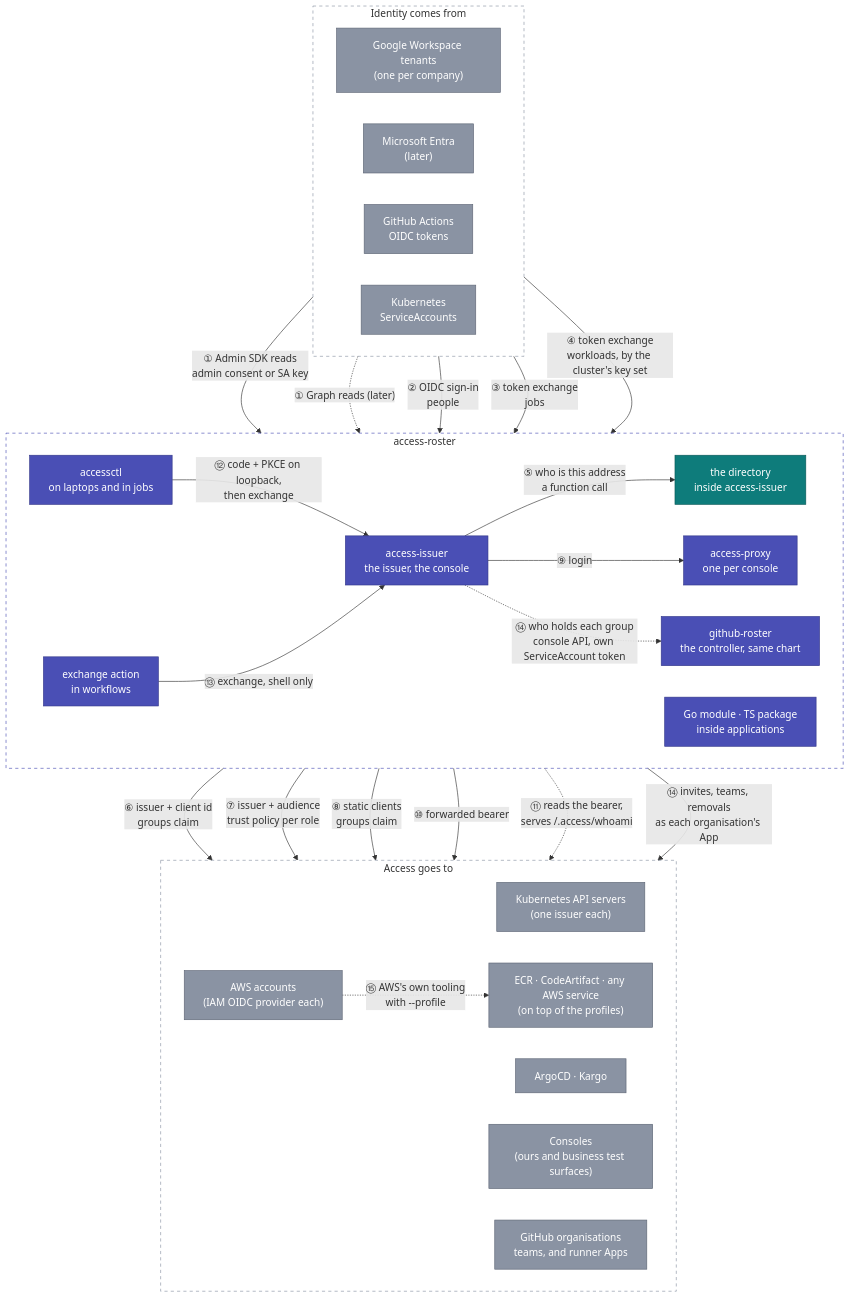
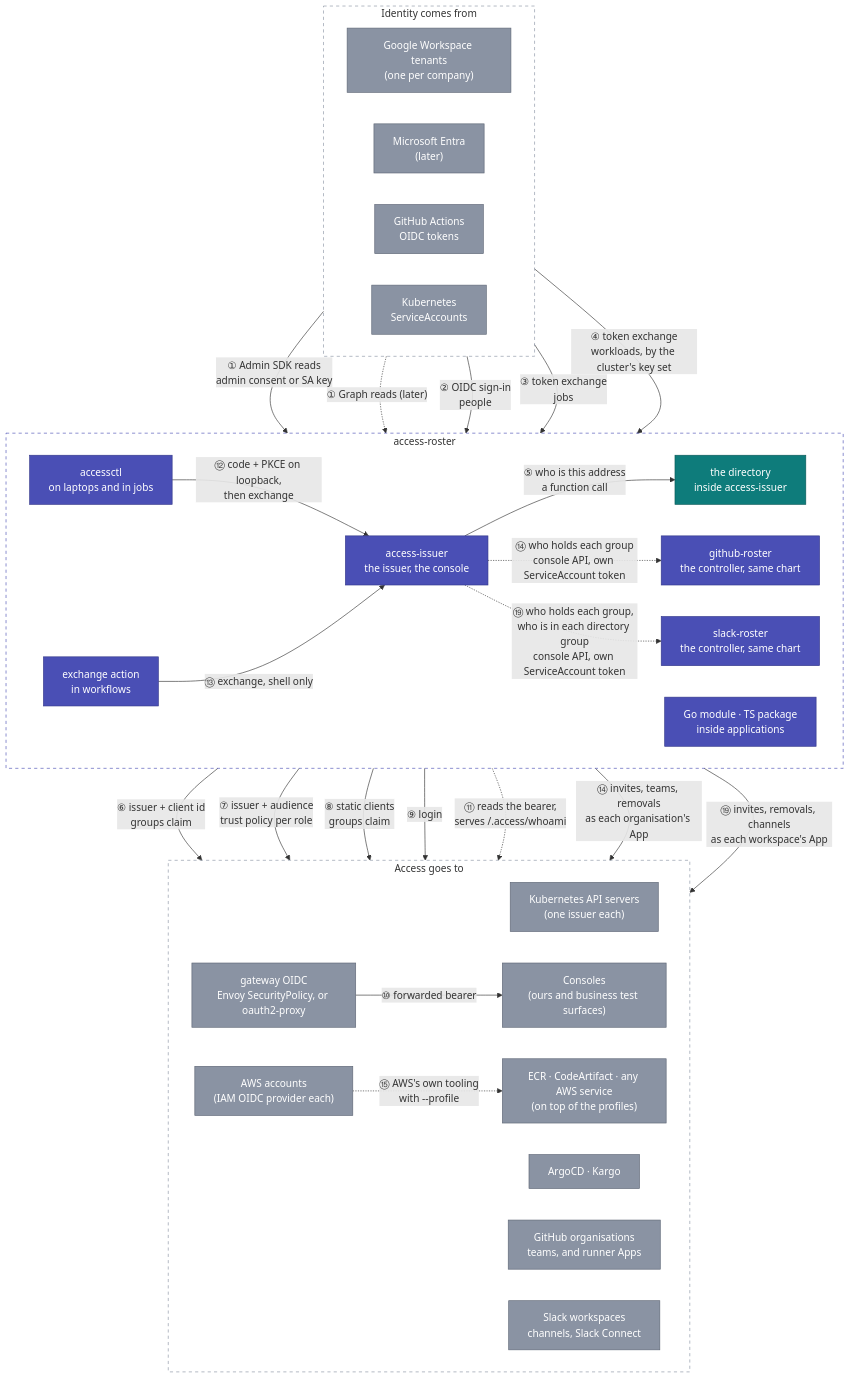
Before and after one commit to truvity/access-roster: the diagram in docs/integrations.md, drawn with Mermaid. The commit also changed other lines of this file and 10 other files, not shown here.

First line of the commit message:
docs: bring the connect guides up to date with Slack and the console areas

````diff
--- a/docs/integrations.md
+++ b/docs/integrations.md
@@ -15,56 +15,60 @@
 ```mermaid
 flowchart TB
   subgraph in["Identity comes from"]
     direction LR
     gws["Google Workspace tenants<br/>(one per company)"]:::ext
     entra["Microsoft Entra<br/>(later)"]:::ext
     gh["GitHub Actions<br/>OIDC tokens"]:::ext
     sa["Kubernetes<br/>ServiceAccounts"]:::ext
   end
 
   subgraph ar["access-roster"]
     direction LR
     hub["the directory<br/>inside access-issuer"]:::hub
     iss["access-issuer<br/>the issuer, the console"]:::token
     ghr["github-roster<br/>the controller, same chart"]:::token
-    proxy["access-proxy<br/>one per console"]:::token
+    slr["slack-roster<br/>the controller, same chart"]:::token
     lib["Go module · TS package<br/>inside applications"]:::token
     ctl["accessctl<br/>on laptops and in jobs"]:::token
     act["exchange action<br/>in workflows"]:::token
   end
 
   subgraph out["Access goes to"]
     direction LR
     eks["Kubernetes API servers<br/>(one issuer each)"]:::ext
     aws["AWS accounts<br/>(IAM OIDC provider each)"]:::ext
     argo["ArgoCD · Kargo"]:::ext
+    proxy["gateway OIDC<br/>Envoy SecurityPolicy, or oauth2-proxy"]:::ext
     consoles["Consoles<br/>(ours and business test surfaces)"]:::ext
     ghteams["GitHub organisations<br/>teams, and runner Apps"]:::ext
+    slack["Slack workspaces<br/>channels, Slack Connect"]:::ext
     reg["ECR · CodeArtifact · any AWS service<br/>(on top of the profiles)"]:::ext
   end
 
   gws -- "① Admin SDK reads<br/>admin consent or SA key" --> hub
   entra -. "① Graph reads (later)" .-> hub
   gws -- "② OIDC sign-in<br/>people" --> iss
   gh -- "③ token exchange<br/>jobs" --> iss
   sa -- "④ token exchange<br/>workloads, by the cluster's key set" --> iss
   iss -- "⑤ who is this address<br/>a function call" --> hub
   iss -- "⑥ issuer + client id<br/>groups claim" --> eks
   iss -- "⑦ issuer + audience<br/>trust policy per role" --> aws
   iss -- "⑧ static clients<br/>groups claim" --> argo
   iss -- "⑨ login" --> proxy
   proxy -- "⑩ forwarded bearer" --> consoles
   lib -. "⑪ reads the bearer,<br/>serves /.access/whoami" .-> consoles
   ctl -- "⑫ code + PKCE on loopback,<br/>then exchange" --> iss
   act -- "⑬ exchange, shell only" --> iss
   iss -. "⑭ who holds each group<br/>console API, own ServiceAccount token" .-> ghr
   ghr -- "⑭ invites, teams, removals<br/>as each organisation's App" --> ghteams
+  iss -. "⑲ who holds each group, who is in each directory group<br/>console API, own ServiceAccount token" .-> slr
+  slr -- "⑲ invites, removals, channels<br/>as each workspace's App" --> slack
   aws -. "⑮ AWS's own tooling<br/>with --profile" .-> reg
 
   classDef ext fill:#8A93A3,stroke:#5E6675,color:#fff
   classDef hub fill:#0E7C7B,stroke:#0A5958,color:#fff
   classDef token fill:#4A4FB5,stroke:#33378A,color:#fff
   style in fill:none,stroke:#8A93A3,stroke-dasharray:5 5
   style out fill:none,stroke:#8A93A3,stroke-dasharray:5 5
   style ar fill:none,stroke:#4A4FB5,stroke-dasharray:5 5
 ```
````
